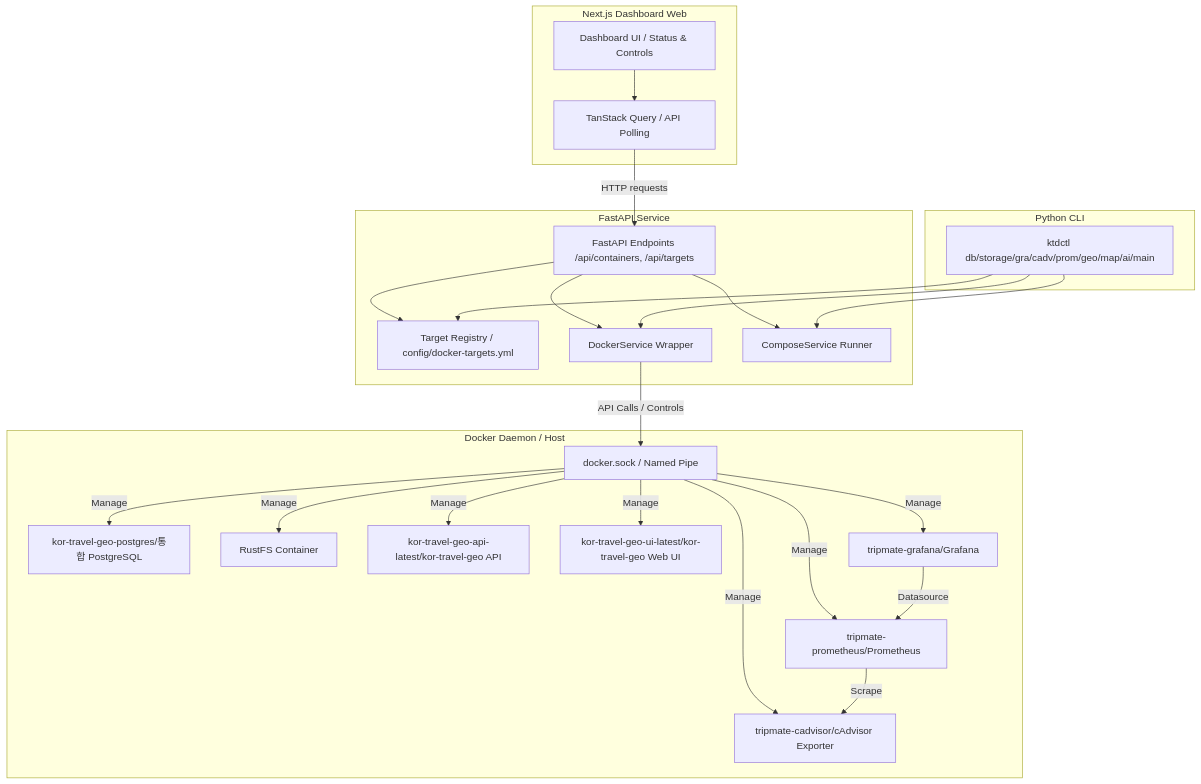
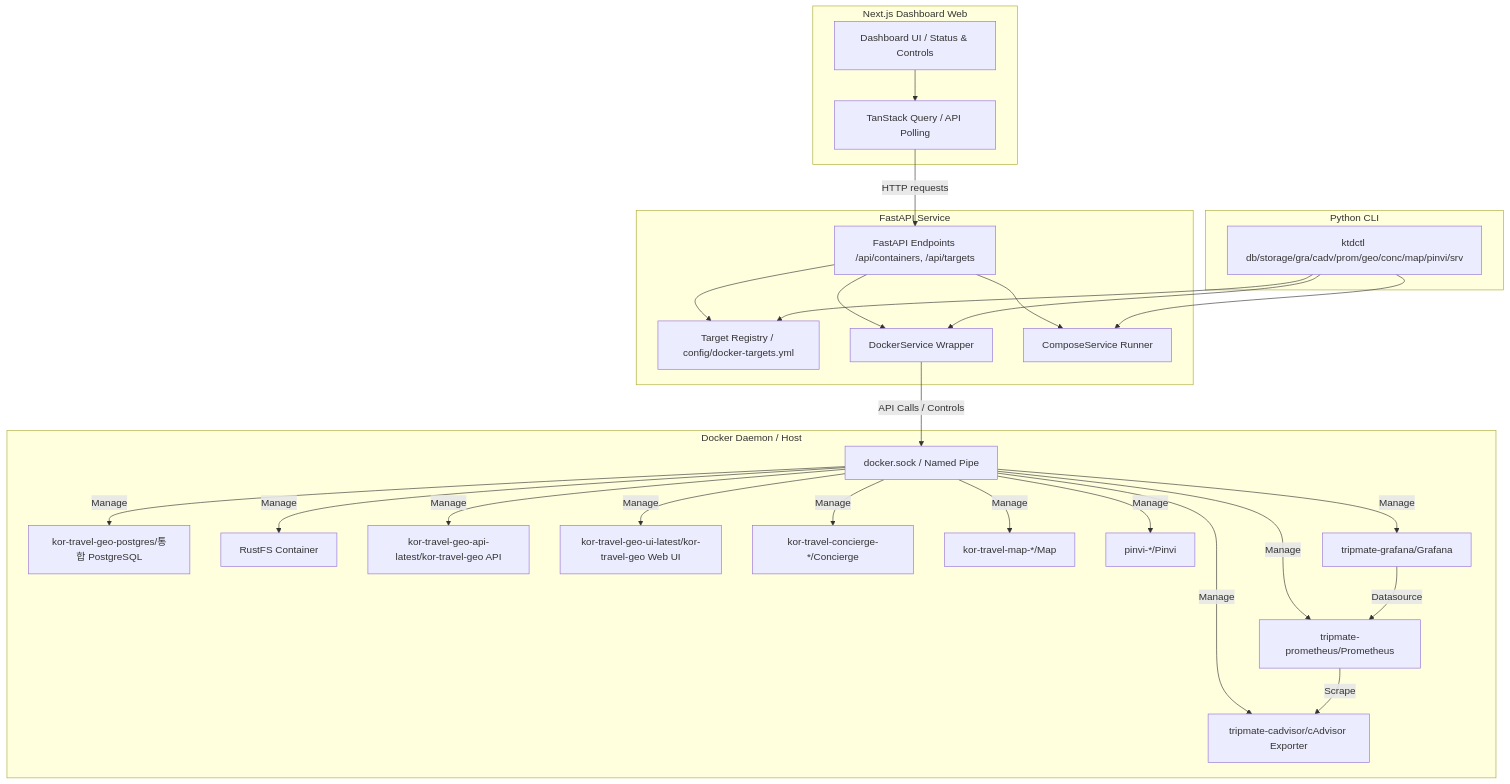
The diagram in docs/architecture.md (digitie/kor-travel-docker-manager), drawn with Mermaid before and after one commit. The commit also changed other lines of this file and 19 other files, not shown here.

Commit message:
Add concierge map pinvi docker targets

````diff
--- a/docs/architecture.md
+++ b/docs/architecture.md
@@ -11,49 +11,55 @@
 ```mermaid
 graph TD
     subgraph Frontend [Next.js Dashboard Web]
         UI[Dashboard UI / Status & Controls]
         TQ[TanStack Query / API Polling]
         UI --> TQ
     end
 
     subgraph Backend [FastAPI Service]
         API[FastAPI Endpoints /api/containers, /api/targets]
         REG[Target Registry / config/docker-targets.yml]
         DS[DockerService Wrapper]
         CS[ComposeService Runner]
         API --> REG
         API --> DS
         API --> CS
     end
 
     subgraph CLI [Python CLI]
-        CLI_CMD[ktdctl db/storage/gra/cadv/prom/geo/map/ai/main]
+        CLI_CMD[ktdctl db/storage/gra/cadv/prom/geo/conc/map/pinvi/srv]
         CLI_CMD --> REG
         CLI_CMD --> DS
         CLI_CMD --> CS
     end
 
     subgraph Infrastructure [Docker Daemon / Host]
         D_Sock[docker.sock / Named Pipe]
         C_PG[kor-travel-geo-postgres/통합 PostgreSQL]
         C_RFS[RustFS Container]
         C_GEO_API[kor-travel-geo-api-latest/kor-travel-geo API]
         C_GEO_UI[kor-travel-geo-ui-latest/kor-travel-geo Web UI]
+        C_CONC[kor-travel-concierge-*/Concierge]
+        C_MAP[kor-travel-map-*/Map]
+        C_PINVI[pinvi-*/Pinvi]
         C_PROM[tripmate-prometheus/Prometheus]
         C_GRAF[tripmate-grafana/Grafana]
         C_EXP[tripmate-cadvisor/cAdvisor Exporter]
         
         DS -->|API Calls / Controls| D_Sock
         D_Sock -->|Manage| C_PG
         D_Sock -->|Manage| C_RFS
         D_Sock -->|Manage| C_GEO_API
         D_Sock -->|Manage| C_GEO_UI
+        D_Sock -->|Manage| C_CONC
+        D_Sock -->|Manage| C_MAP
+        D_Sock -->|Manage| C_PINVI
         D_Sock -->|Manage| C_PROM
         D_Sock -->|Manage| C_GRAF
         D_Sock -->|Manage| C_EXP
         C_PROM -->|Scrape| C_EXP
         C_GRAF -->|Datasource| C_PROM
     end
     
     TQ -->|HTTP requests| API
 ```
````
